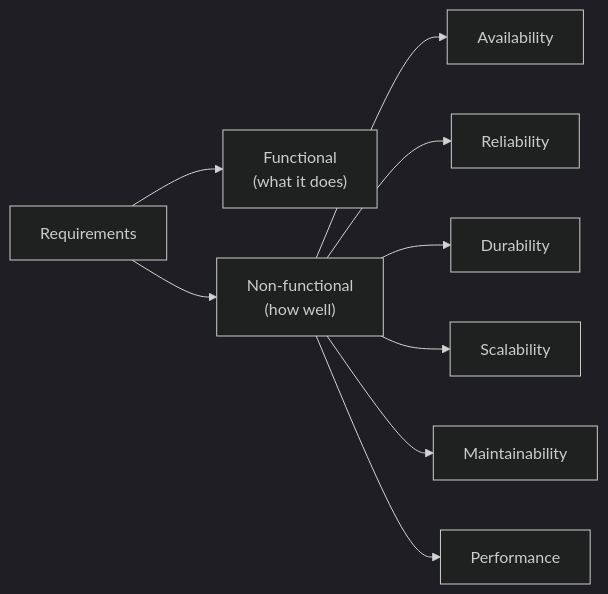
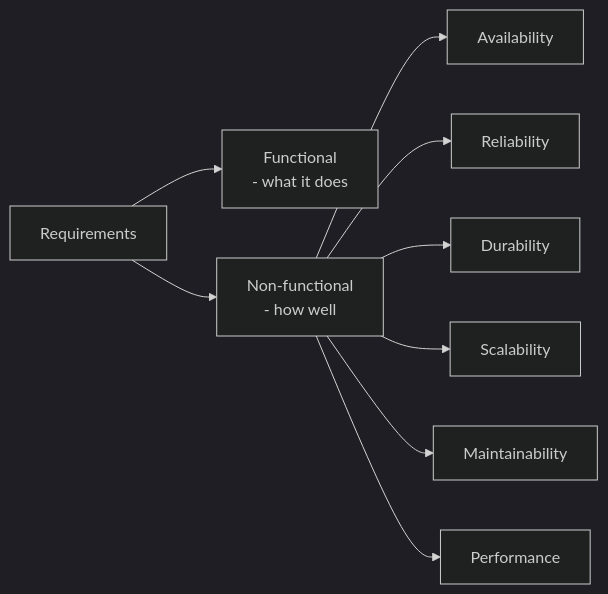
The first of 3 diagrams in docs/01-foundations/00-requirements-and-quality-attributes.md (RIT-MESH/system-design-mastery), drawn with Mermaid (dark theme) before and after one commit. The commit also changed 139 other files, not shown here.

First line of the commit message:
Fix Mermaid parse errors: replace parentheses in node labels across 140 files

````diff
--- a/docs/01-foundations/00-requirements-and-quality-attributes.md
+++ b/docs/01-foundations/00-requirements-and-quality-attributes.md
@@ -46,12 +46,12 @@
 ```mermaid
 %% created-for: system-design-mastery
 flowchart LR
-  R["Requirements"] --> FR["Functional<br/>(what it does)"]
-  R --> NFR["Non-functional<br/>(how well)"]
+  R["Requirements"] --> FR["Functional<br/> - what it does"]
+  R --> NFR["Non-functional<br/> - how well"]
   NFR --> Av["Availability"]
   NFR --> Re["Reliability"]
   NFR --> Du["Durability"]
   NFR --> Sc["Scalability"]
   NFR --> Ma["Maintainability"]
   NFR --> Pe["Performance"]
 ```
````
